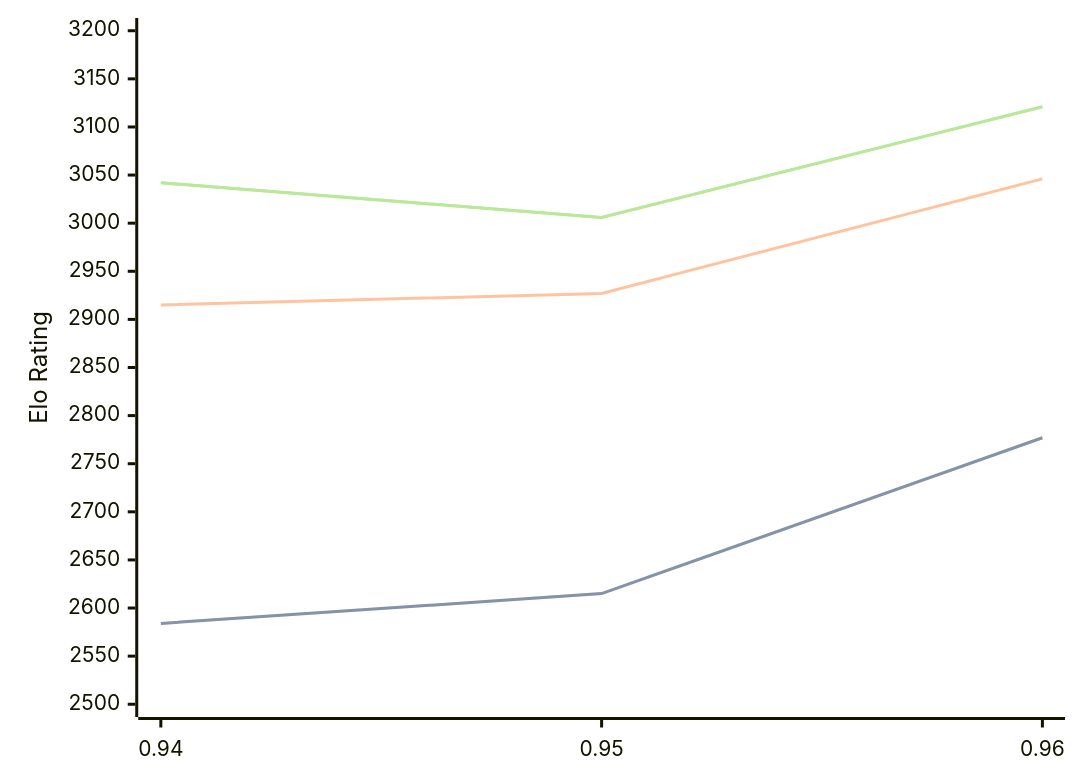
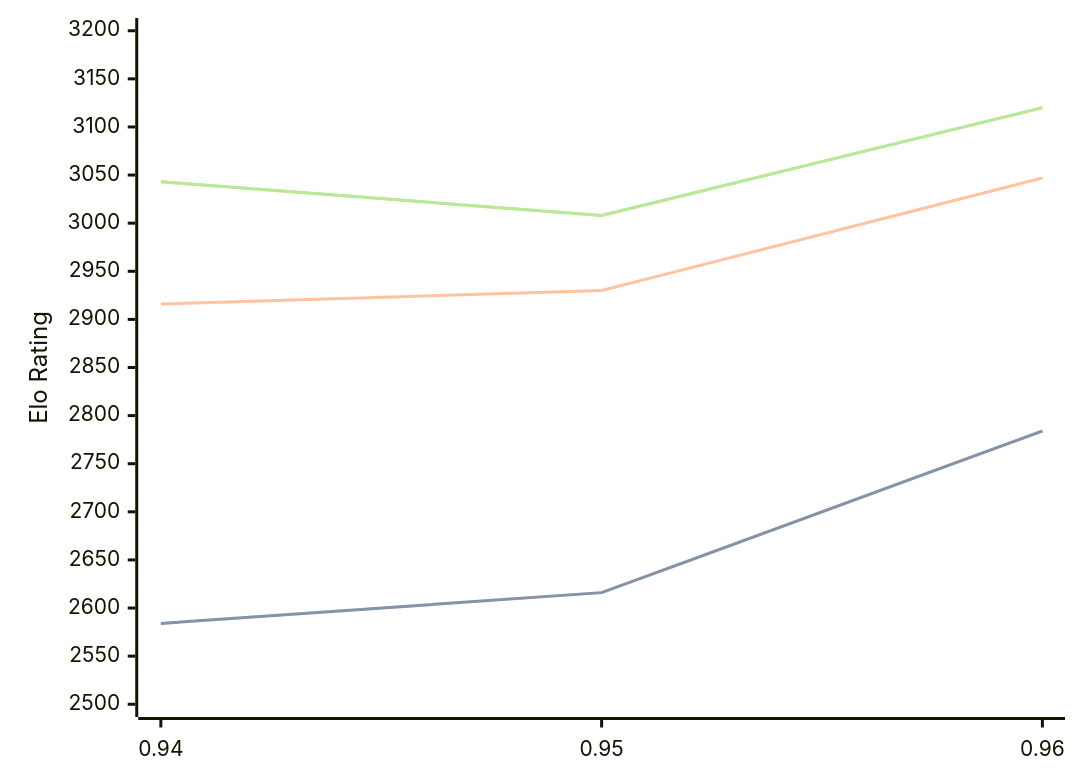
One commit to computer-chess-index/cci changed the diagram in engines/Myrddin.md. Above: the diagram before and after it, drawn with Mermaid. The commit also changed other lines of this file, not shown here.

Commit message:
Update CCI Ratings (ELO VLTC) - 2026-06-11

````diff
--- a/engines/Myrddin.md
+++ b/engines/Myrddin.md
@@ -38,11 +38,11 @@
 ```mermaid
 %%{init: {"theme":"base","themeVariables":{"seriesColors:['#a3a3a3','#222221','#faa371']}}}%%
 xychart-beta
   x-axis ["0.94", "0.95", "0.96"]
   y-axis "Elo Rating" 2500 --> 3200
-  line "STC (8.0+0.08s)" [2584, 2615, 2777]
-  line "STC (8.0+0.08s)" [2584, 2615, 2777]
-  line "LTC (60.0+0.60s)" [2915, 2927, 3046]
-  line "VLTC (2m24s+1.12s)" [3042, 3006, 3121]
-  line "VLTC (2m24s+1.12s)" [3042, 3006, 3121]
+  line "STC (8.0+0.08s)" [2584, 2616, 2784]
+  line "STC (8.0+0.08s)" [2584, 2616, 2784]
+  line "LTC (60.0+0.60s)" [2916, 2930, 3047]
+  line "VLTC (2m24s+1.12s)" [3043, 3008, 3120]
+  line "VLTC (2m24s+1.12s)" [3043, 3008, 3120]
 ```
````
